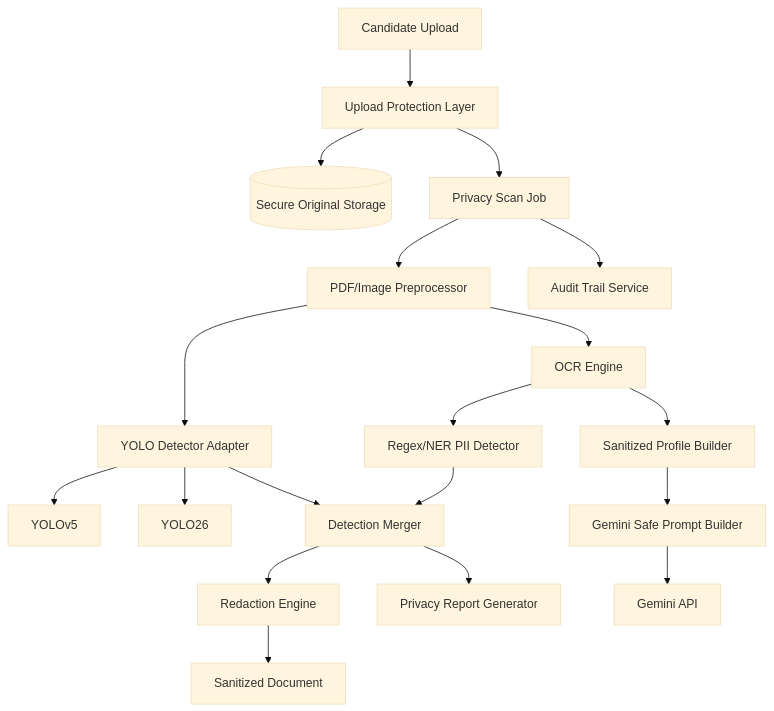
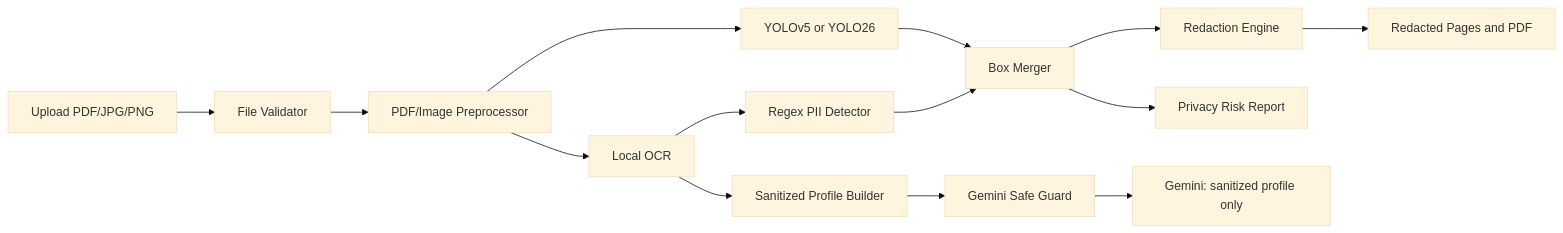
Before and after one commit to DioLubis/Redaksi-Data-Sensitif-Pelamar: the diagram in README.md, drawn with Mermaid (base theme). The commit also changed other lines of this file and 17 other files, not shown here.

````diff
--- a/README.md
+++ b/README.md
@@ -95,21 +37,16 @@
 ```mermaid
-flowchart TD
-    A[Candidate Upload] --> B[Upload Protection Layer]
-    B --> C[(Secure Original Storage)]
-    B --> D[Privacy Scan Job]
-    D --> E[PDF/Image Preprocessor]
-    E --> F[YOLO Detector Adapter]
-    F --> F1[YOLOv5]
-    F --> F2[YOLO26]
-    E --> G[OCR Engine]
-    G --> H[Regex/NER PII Detector]
-    F --> I[Detection Merger]
-    H --> I
-    I --> J[Redaction Engine]
-    J --> K[Sanitized Document]
-    G --> L[Sanitized Profile Builder]
-    L --> M[Gemini Safe Prompt Builder]
-    M --> N[Gemini API]
-    I --> O[Privacy Report Generator]
-    D --> P[Audit Trail Service]
+flowchart LR
+    A[Upload PDF/JPG/PNG] --> B[File Validator]
+    B --> C[PDF/Image Preprocessor]
+    C --> D[YOLOv5 or YOLO26]
+    C --> E[Local OCR]
+    E --> F[Regex PII Detector]
+    D --> G[Box Merger]
+    F --> G
+    G --> H[Redaction Engine]
+    H --> I[Redacted Pages and PDF]
+    E --> J[Sanitized Profile Builder]
+    J --> K[Gemini Safe Guard]
+    G --> L[Privacy Risk Report]
+    K --> M[Gemini: sanitized profile only]
 ```
````
